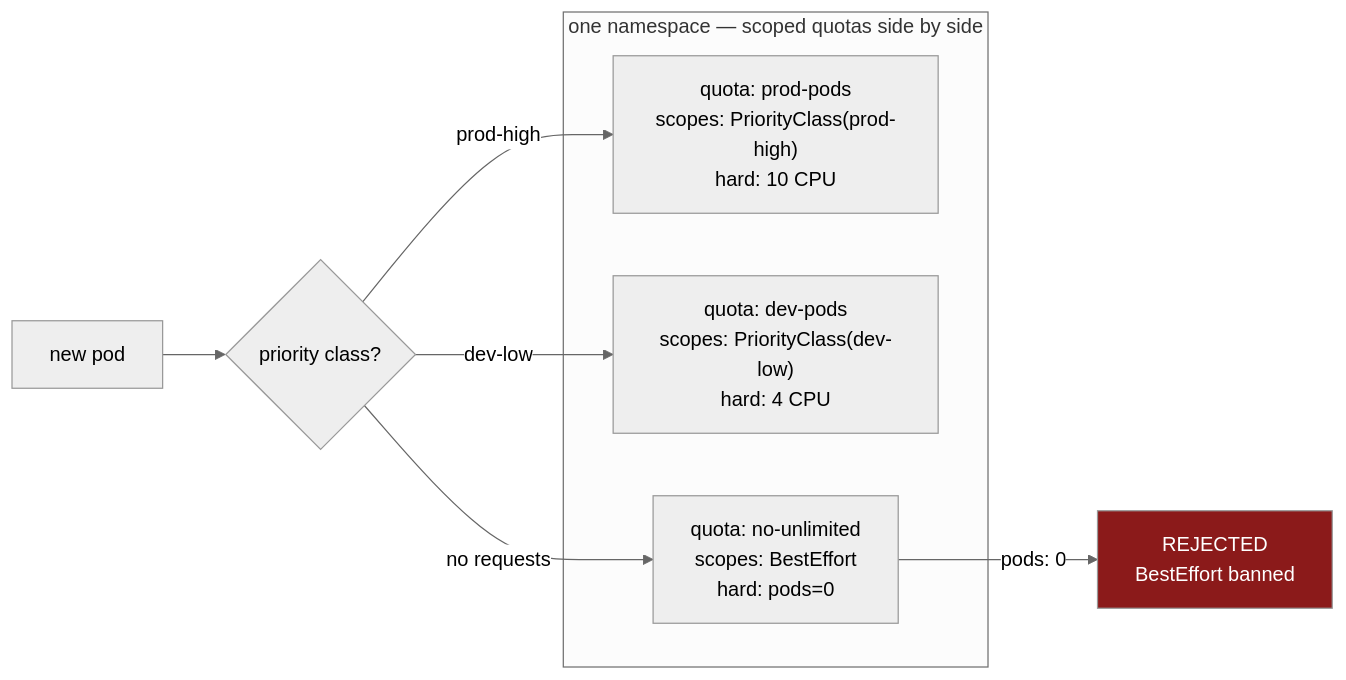
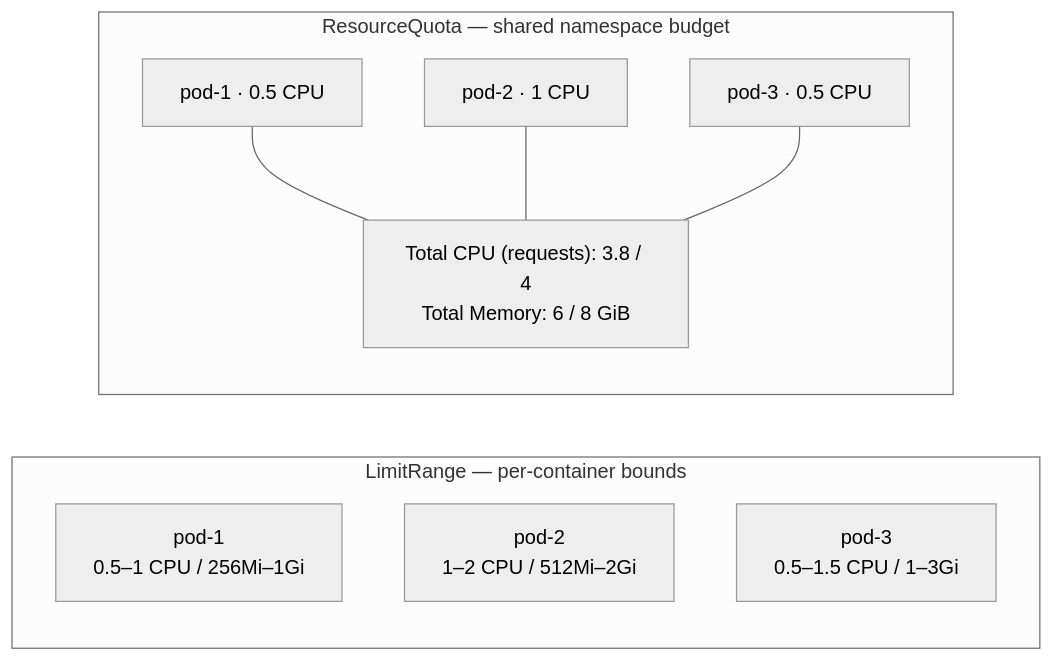
The second of 5 diagrams in issues/33-resourcequota-controls/ResourceQuota-Controls-Guide.md (esarath/OCP_Issue-Fix_RCA), drawn with Mermaid (neutral theme) before and after one commit. The commit also changed other lines of this file, not shown here.

First line of the commit message:
Issue 33: rewrite guide .md to match article flow + add interview snapshot

````diff
--- a/issues/33-resourcequota-controls/ResourceQuota-Controls-Guide.md
+++ b/issues/33-resourcequota-controls/ResourceQuota-Controls-Guide.md
@@ -147,14 +94,14 @@
 ```mermaid
 flowchart LR
-    subgraph ONE_NS["one namespace — scoped quotas side by side"]
-        QP["quota: prod-pods<br/>scopes: PriorityClass(prod-high)<br/>hard: 10 CPU"]
-        QD["quota: dev-pods<br/>scopes: PriorityClass(dev-low)<br/>hard: 4 CPU"]
-        QB["quota: no-unlimited<br/>scopes: BestEffort<br/>hard: pods=0"]
+    subgraph LR["LimitRange — per-container bounds"]
+        P1["pod-1<br/>0.5–1 CPU / 256Mi–1Gi"]
+        P2["pod-2<br/>1–2 CPU / 512Mi–2Gi"]
+        P3["pod-3<br/>0.5–1.5 CPU / 1–3Gi"]
     end
-    NP["new pod"] --> NP1{priority class?}
-    NP1 -->|prod-high| QP
-    NP1 -->|dev-low| QD
-    NP1 -->|no requests| QB
-    QB -->|pods: 0| RJ["REJECTED<br/>BestEffort banned"]
-    style RJ fill:#8b1a1a,color:#fff
+    subgraph RQ["ResourceQuota — shared namespace budget"]
+        T["Total CPU (requests): 3.8 / 4<br/>Total Memory: 6 / 8 GiB"]
+        Q1["pod-1 · 0.5 CPU"] --- T
+        Q2["pod-2 · 1 CPU"] --- T
+        Q3["pod-3 · 0.5 CPU"] --- T
+    end
 ```
````
